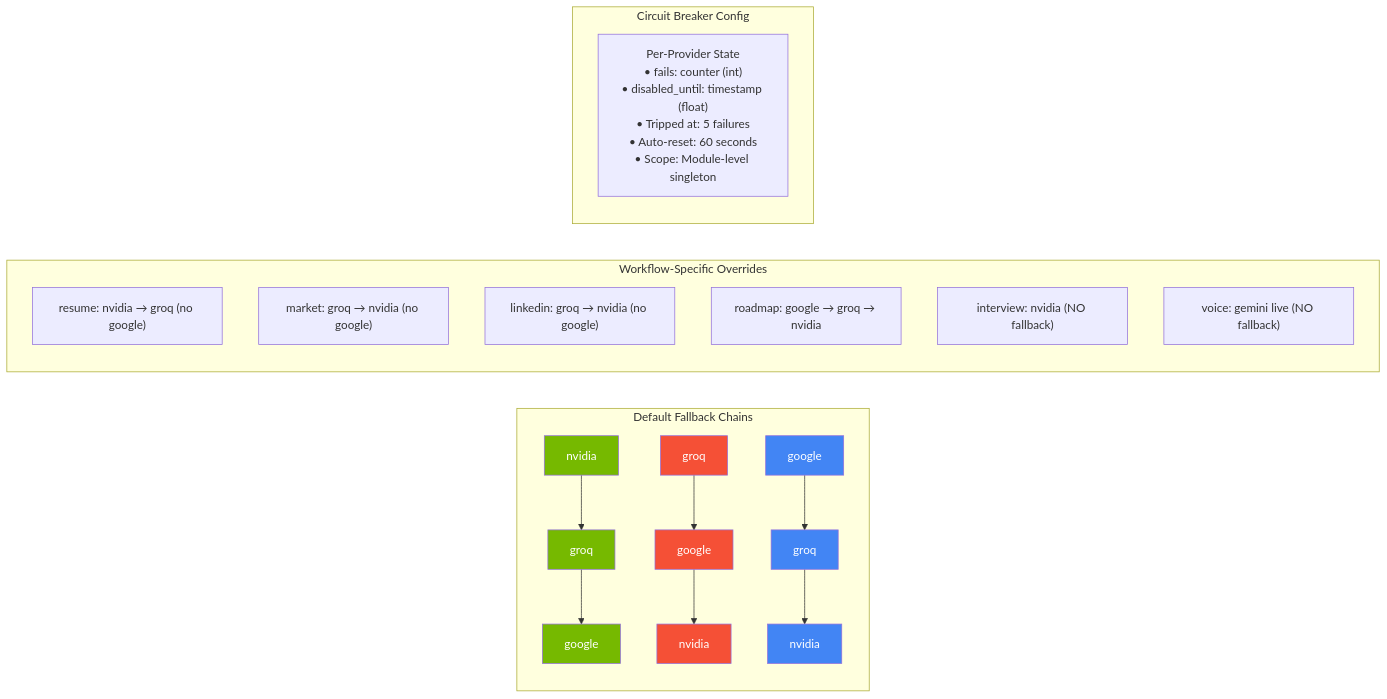
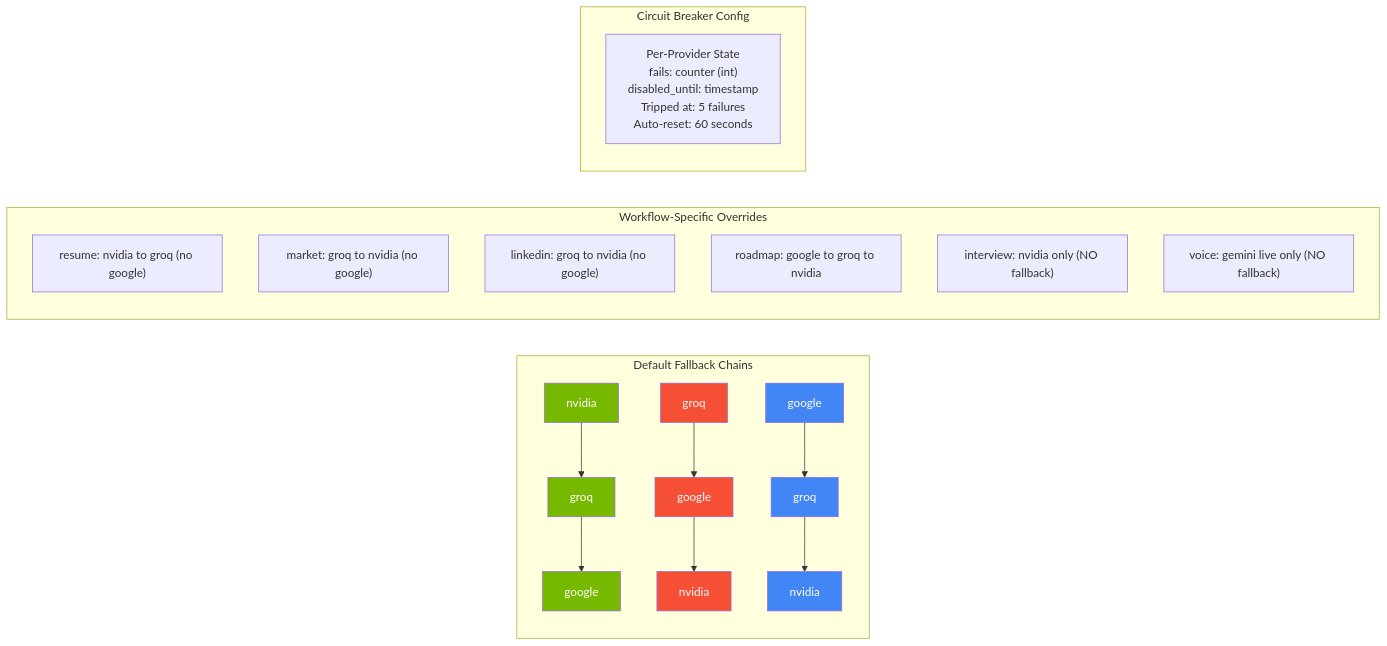
Diagram 13 of 35 in ARCHITECTURE.md (Anil-Pradhan-web/ai-career-mentor), drawn with Mermaid before and after one commit. The commit also changed other lines of this file, not shown here.

Commit message:
fix: remove all JSON curly braces from Mermaid sequence diagrams, simplify state diagrams, replace classDef with inline styles for GitHub compatibility

````diff
--- a/ARCHITECTURE.md
+++ b/ARCHITECTURE.md
@@ -674,29 +642,29 @@
 ```mermaid
 graph LR
     classDef nvidia fill:#76B900,color:#fff
     classDef groq fill:#F55036,color:#fff
     classDef google fill:#4285F4,color:#fff
 
     subgraph "Default Fallback Chains"
         N["nvidia"] --> N_G["groq"] --> N_GO["google"]
         G["groq"] --> G_GO["google"] --> G_N["nvidia"]
         GO["google"] --> GO_G["groq"] --> GO_N["nvidia"]
     end
     
     subgraph "Workflow-Specific Overrides"
-        W1["resume: nvidia → groq (no google)"]
-        W2["market: groq → nvidia (no google)"]
-        W3["linkedin: groq → nvidia (no google)"]
-        W4["roadmap: google → groq → nvidia"]
-        W5["interview: nvidia (NO fallback)"]
-        W6["voice: gemini live (NO fallback)"]
+        W1["resume: nvidia to groq (no google)"]
+        W2["market: groq to nvidia (no google)"]
+        W3["linkedin: groq to nvidia (no google)"]
+        W4["roadmap: google to groq to nvidia"]
+        W5["interview: nvidia only (NO fallback)"]
+        W6["voice: gemini live only (NO fallback)"]
     end
 
     subgraph "Circuit Breaker Config"
-        CB["Per-Provider State<br/>• fails: counter (int)<br/>• disabled_until: timestamp (float)<br/>• Tripped at: 5 failures<br/>• Auto-reset: 60 seconds<br/>• Scope: Module-level singleton"]
+        CB["Per-Provider State<br/>fails: counter (int)<br/>disabled_until: timestamp<br/>Tripped at: 5 failures<br/>Auto-reset: 60 seconds"]
     end
 
     class N,N_G,N_GO nvidia
     class G,G_GO,G_N groq
     class GO,GO_G,GO_N google
 ```
````
